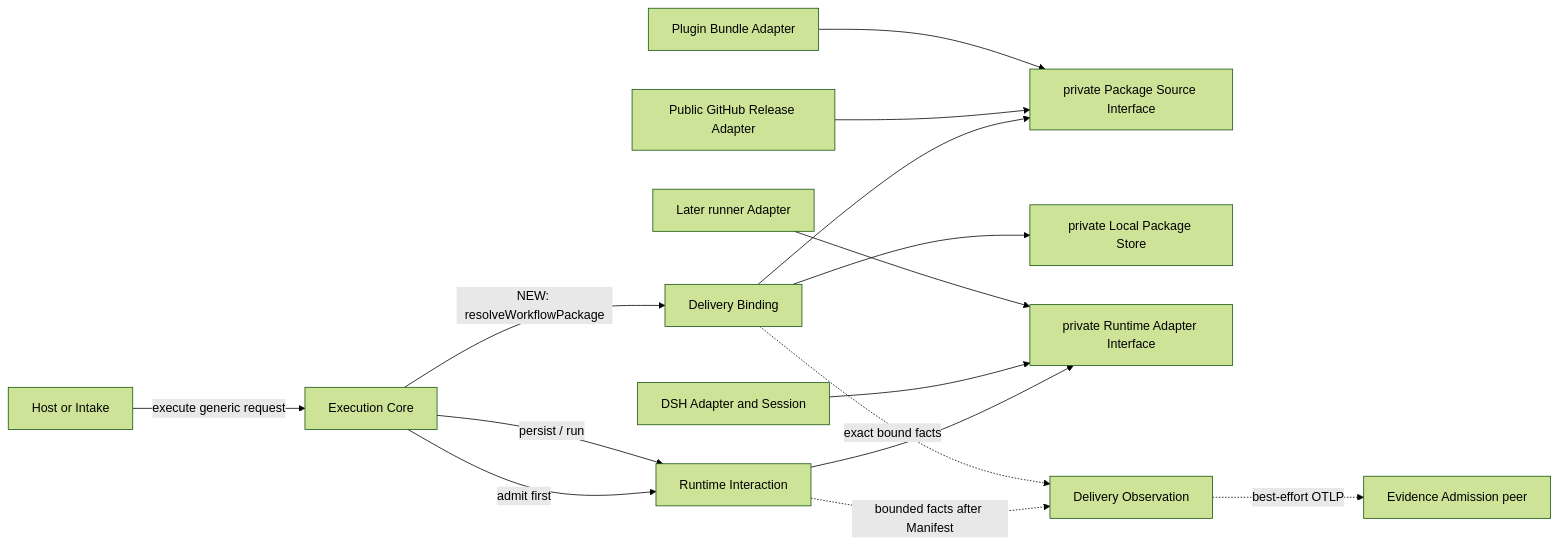
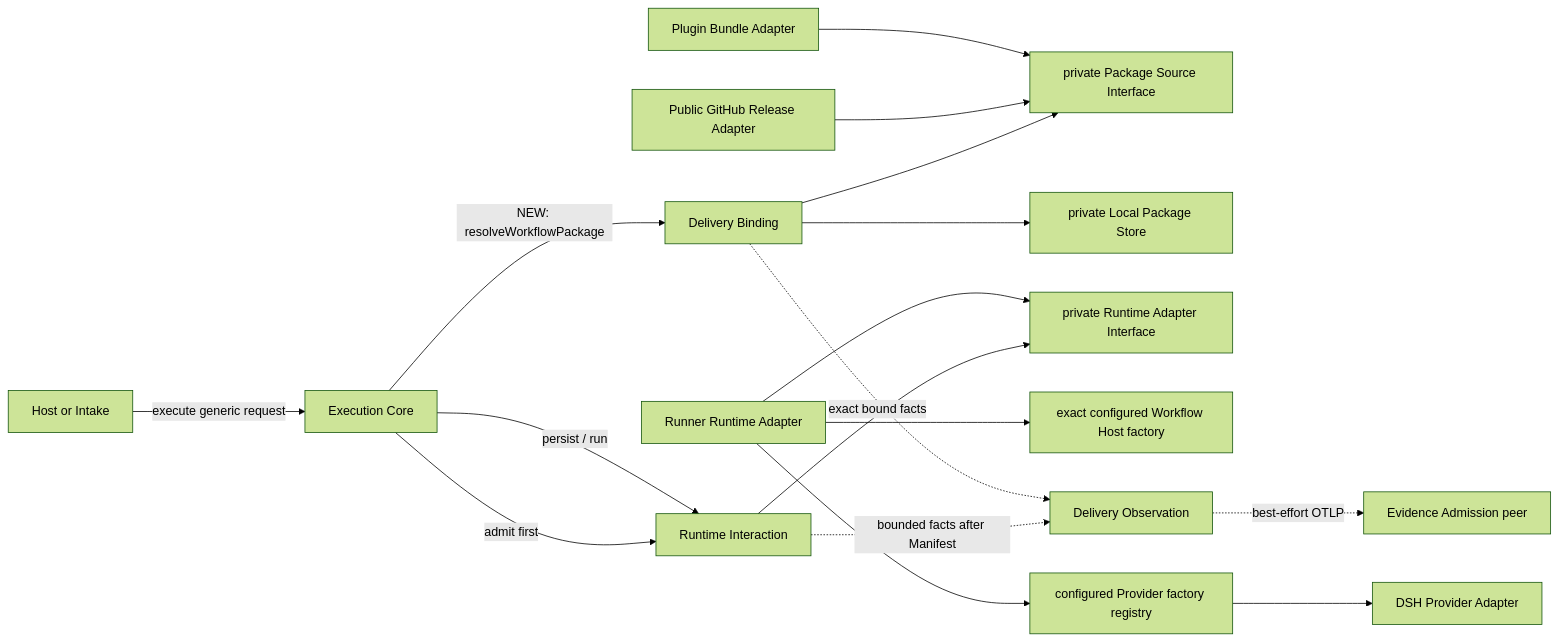
One commit to firestige/workflow-self-recursive changed the first of 4 diagrams in docs/systems/execution/project-execution-system.md. Above: the diagram before and after it, drawn with Mermaid (forest theme). The commit also changed other lines of this file and 18 other files, not shown here.

````diff
--- a/docs/systems/execution/project-execution-system.md
+++ b/docs/systems/execution/project-execution-system.md
@@ -117,17 +119,19 @@
 ```mermaid
 flowchart LR
     Host[Host or Intake] -->|execute generic request| Core[Execution Core]
     Core -->|admit first| M02[Runtime Interaction]
     Core -->|NEW: resolveWorkflowPackage| M01[Delivery Binding]
     M01 --> Source[private Package Source Interface]
     GitHub[Public GitHub Release Adapter] --> Source
     Bundle[Plugin Bundle Adapter] --> Source
     M01 --> Store[private Local Package Store]
     Core -->|persist / run| M02
     M02 --> Runtime[private Runtime Adapter Interface]
-    DSH[DSH Adapter and Session] --> Runtime
-    runner[Later runner Adapter] --> Runtime
+    Runner[Runner Runtime Adapter] --> Runtime
+    Runner --> HostAdapter[exact configured Workflow Host factory]
+    Runner --> ProviderRegistry[configured Provider factory registry]
+    ProviderRegistry --> DSH[DSH Provider Adapter]
     M02 -. bounded facts after Manifest .-> M03[Delivery Observation]
     M01 -. exact bound facts .-> M03
     M03 -. best-effort OTLP .-> Evidence[Evidence Admission peer]
 ```
````
